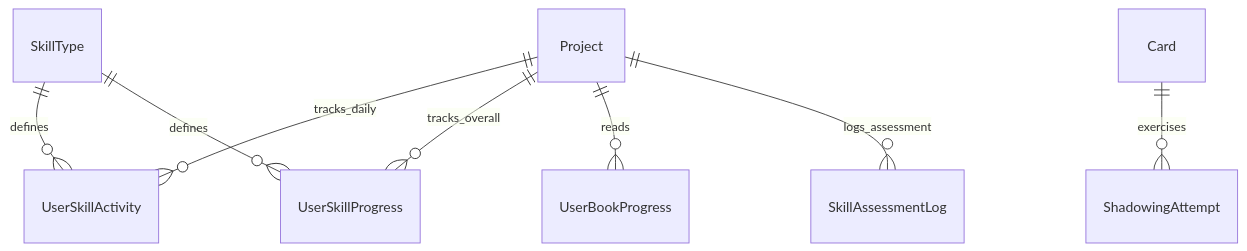
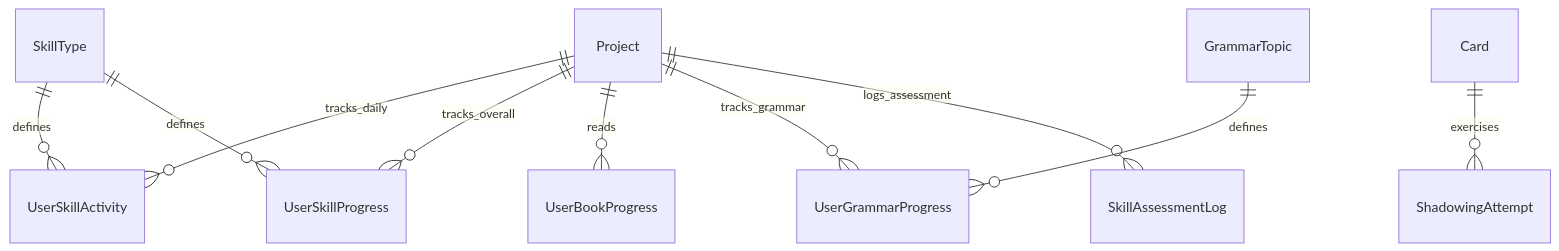
The diagram in Docs/Vocabulary Service/03 - Модель Данных/01 - Основные сущности/Entity - Активность и Оценка Навыков - Activity & Assessment.md (Kamil-Zuki/Polyraspad), drawn with Mermaid before and after one commit. The commit also changed other lines of this file and 11 other files, not shown here.

````diff
--- a/Docs/Vocabulary Service/03 - Модель Данных/01 - Основные сущности/Entity - Активность и Оценка Навыков - Activity & Assessment.md
+++ b/Docs/Vocabulary Service/03 - Модель Данных/01 - Основные сущности/Entity - Активность и Оценка Навыков - Activity & Assessment.md
@@ -114,10 +142,12 @@
 ```mermaid
 erDiagram
     Project ||--o{ UserSkillActivity : tracks_daily
     Project ||--o{ UserSkillProgress : tracks_overall
     Project ||--o{ UserBookProgress : reads
+    Project ||--o{ UserGrammarProgress : tracks_grammar
     SkillType ||--o{ UserSkillActivity : defines
     SkillType ||--o{ UserSkillProgress : defines
     Card ||--o{ ShadowingAttempt : exercises
     Project ||--o{ SkillAssessmentLog : logs_assessment
+    GrammarTopic ||--o{ UserGrammarProgress : defines
 ```
````
